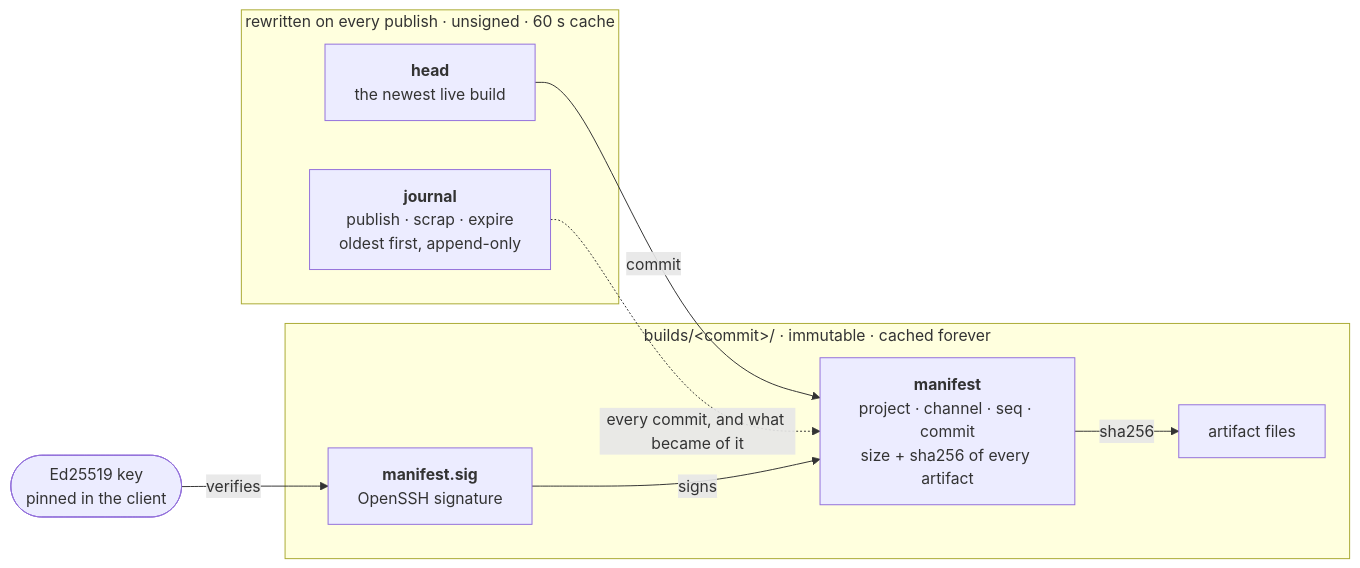
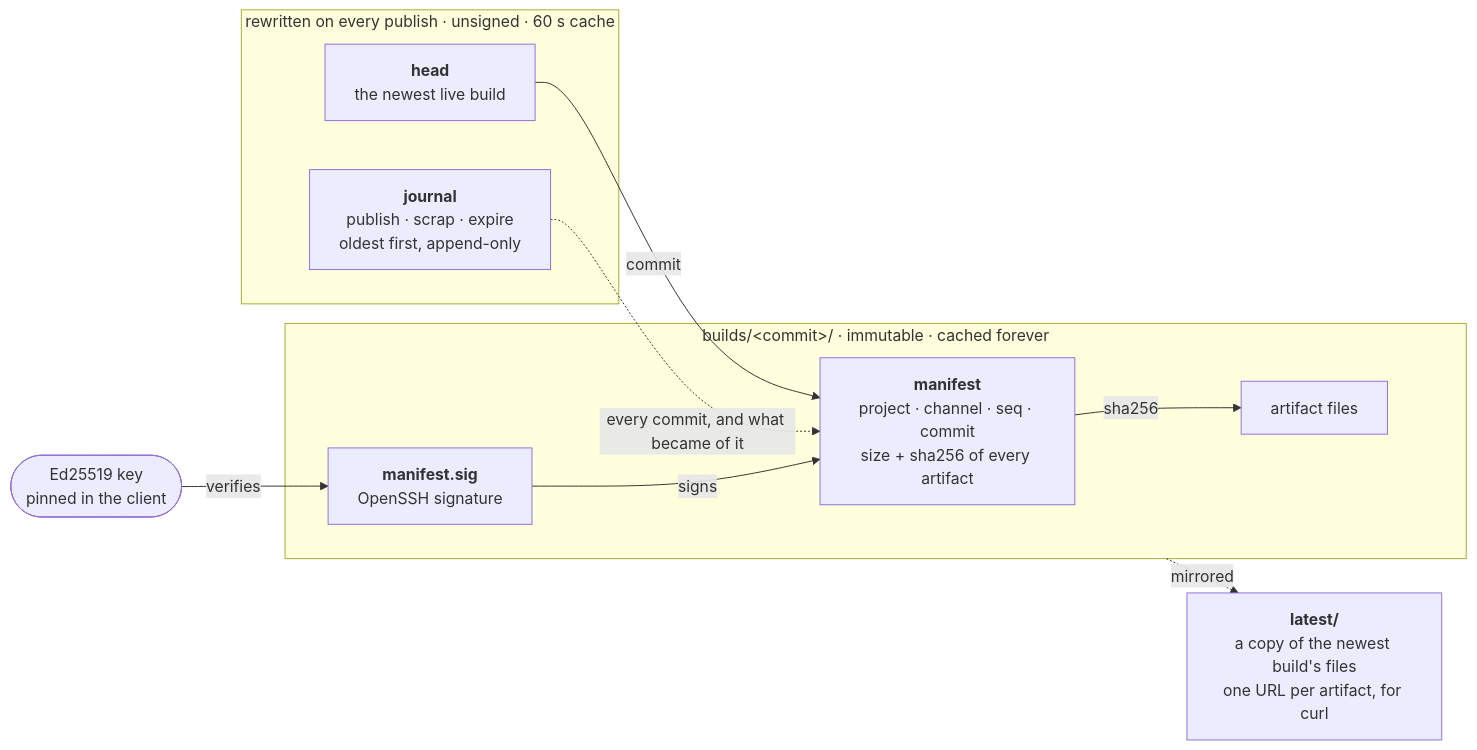
Before and after one commit to neuroplastio/engram: the first of 4 diagrams in README.md, drawn with Mermaid. The commit also changed other lines of this file and 5 other files, not shown here.

First line of the commit message:
latest/: one URL per artifact that always names the newest build

````diff
--- a/README.md
+++ b/README.md
@@ -38,19 +38,21 @@
 ```mermaid
 flowchart LR
     subgraph moving["rewritten on every publish · unsigned · 60 s cache"]
         head["<b>head</b><br/>the newest live build"]
         journal["<b>journal</b><br/>publish · scrap · expire<br/>oldest first, append-only"]
     end
     subgraph build["builds/&lt;commit&gt;/ · immutable · cached forever"]
         manifest["<b>manifest</b><br/>project · channel · seq · commit<br/>size + sha256 of every artifact"]
         sig["<b>manifest.sig</b><br/>OpenSSH signature"]
         artifacts["artifact files"]
     end
+    latest["<b>latest/</b><br/>a copy of the newest build's files<br/>one URL per artifact, for curl"]
     key(["Ed25519 key<br/>pinned in the client"])
 
     head -- "commit" --> manifest
+    build -. "mirrored" .-> latest
     journal -. "every commit, and what became of it" .-> manifest
     sig -- "signs" --> manifest
     manifest -- "sha256" --> artifacts
     key -- "verifies" --> sig
 ```
````
